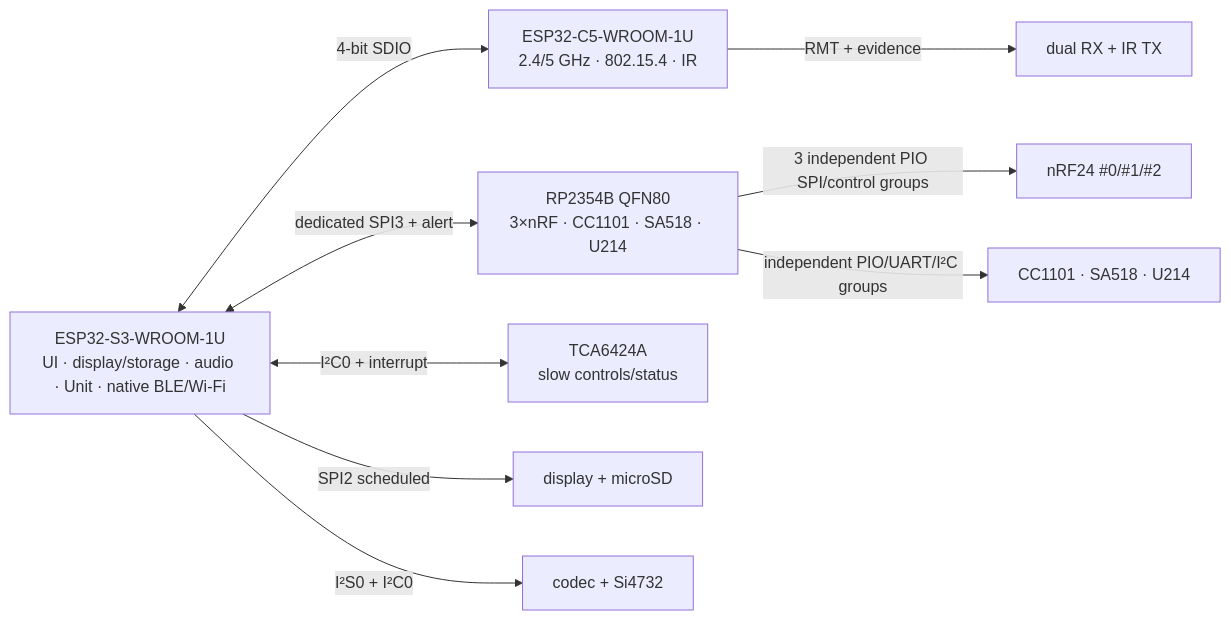
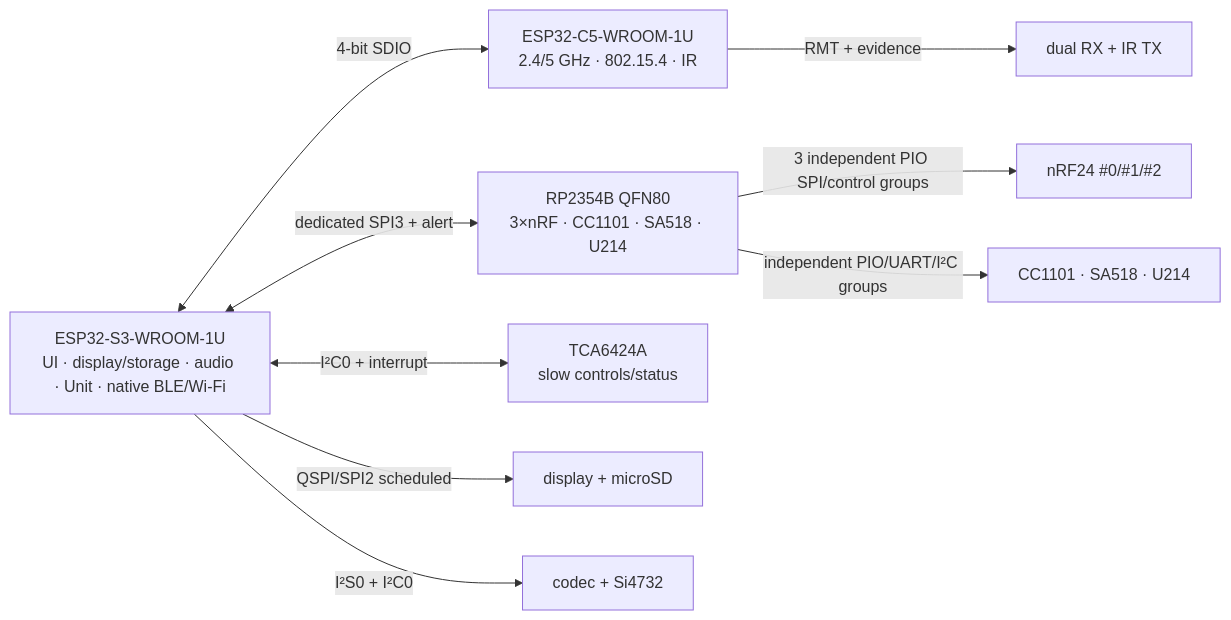
One commit to anton-vinogradov/esp32-leshy2 changed the diagram in README.md. Above: the diagram before and after it, drawn with Mermaid. The commit also changed other lines of this file and 28 other files, not shown here.

Commit message:
docs: accept QSPI display path and review screens

````diff
--- a/README.md
+++ b/README.md
@@ -103,15 +106,15 @@
 ```mermaid
 flowchart LR
   S3["ESP32-S3-WROOM-1U<br/>UI · display/storage · audio · Unit · native BLE/Wi-Fi"]
   C5["ESP32-C5-WROOM-1U<br/>2.4/5 GHz · 802.15.4 · IR"]
   RP["RP2354B QFN80<br/>3×nRF · CC1101 · SA518 · U214"]
   SLOW["TCA6424A<br/>slow controls/status"]
   S3 <-->|"4-bit SDIO"| C5
   S3 <-->|"dedicated SPI3 + alert"| RP
   S3 <-->|"I²C0 + interrupt"| SLOW
-  S3 -->|"SPI2 scheduled"| DISP["display + microSD"]
+  S3 -->|"QSPI/SPI2 scheduled"| DISP["display + microSD"]
   S3 -->|"I²S0 + I²C0"| AUDIO["codec + Si4732"]
   C5 -->|"RMT + evidence"| IR["dual RX + IR TX"]
   RP -->|"3 independent PIO SPI/control groups"| NRF["nRF24 #0/#1/#2"]
   RP -->|"independent PIO/UART/I²C groups"| RF["CC1101 · SA518 · U214"]
 ```
````
